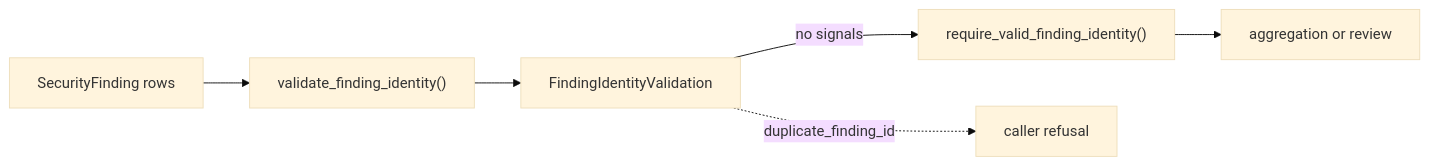
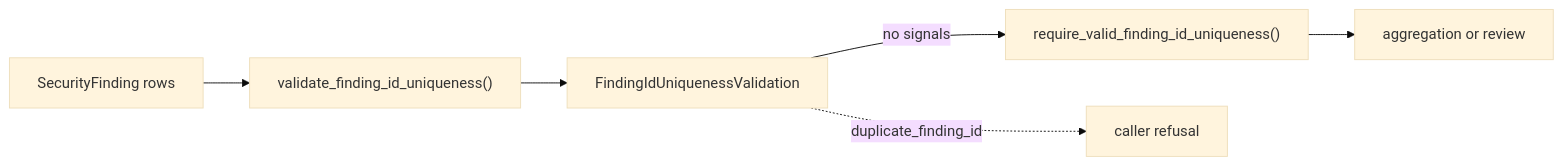
The fifth of 6 diagrams in examples/security_hardening/SURFACE.md (nirosen/labs-OO-Agents), drawn with Mermaid (base theme) before and after one commit. The commit also changed other lines of this file and 7 other files, not shown here.

Commit message:
rename finding identity gate to ID uniqueness

````diff
--- a/examples/security_hardening/SURFACE.md
+++ b/examples/security_hardening/SURFACE.md
@@ -131,8 +131,8 @@
 ```mermaid
 flowchart LR
-    F["SecurityFinding rows"] --> V["validate_finding_identity()"]
-    V --> C["FindingIdentityValidation"]
-    C -- "no signals" --> Q["require_valid_finding_identity()"]
+    F["SecurityFinding rows"] --> V["validate_finding_id_uniqueness()"]
+    V --> C["FindingIdUniquenessValidation"]
+    C -- "no signals" --> Q["require_valid_finding_id_uniqueness()"]
     Q --> A["aggregation or review"]
     C -. "duplicate_finding_id" .-> X["caller refusal"]
 ```
````
